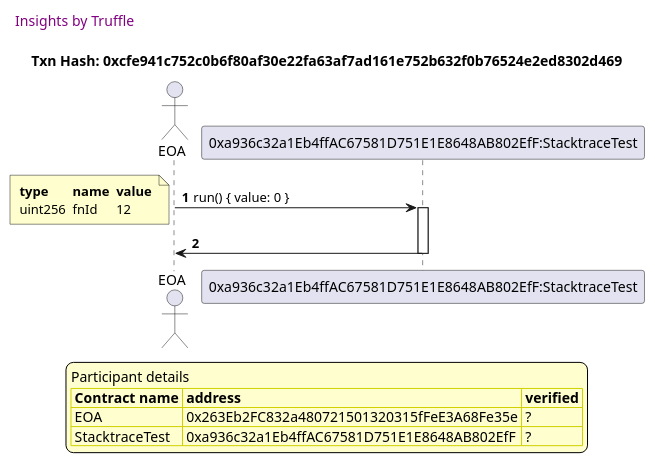
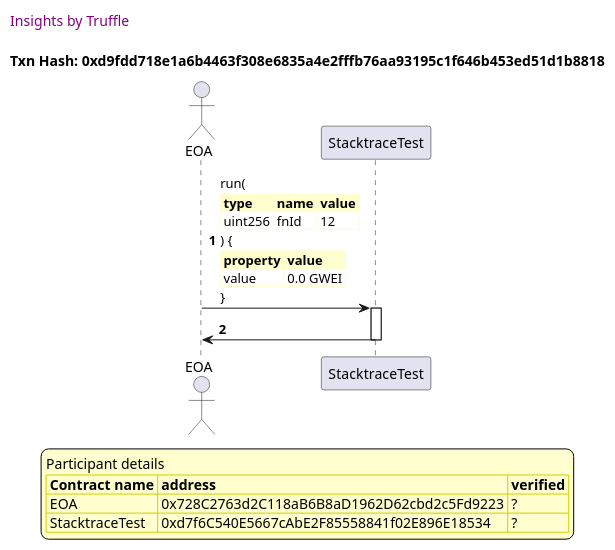
Diagram 11 of 11 in truffle-seq/stacktrace.test.md (trufflesuite/txlog-seedlings), drawn with PlantUML before and after one commit. The commit also changed other lines of this file and 5 other files, not shown here.

````diff
--- a/truffle-seq/stacktrace.test.md
+++ b/truffle-seq/stacktrace.test.md
@@ -753,46 +791,48 @@
 ```plantuml
+
+
 @startuml
 
 autonumber
-
 skinparam legendBackgroundColor #FEFECE
 
 <style>
-
-header {
-  HorizontalAlignment left
-  FontColor purple
-  FontSize 14
-  Padding 10
-}
-
-</style>
-
+      header {
+        HorizontalAlignment left
+        FontColor purple
+        FontSize 14
+        Padding 10
+      }
+    </style>
 
 header Insights by Truffle
 
-title Txn Hash: 0xcfe941c752c0b6f80af30e22fa63af7ad161e752b632f0b76524e2ed8302d469
+title Txn Hash: 0xd9fdd718e1a6b4463f308e6835a4e2fffb76aa93195c1f646b453ed51d1b8818
+
 
 actor EOA as "EOA"
-participant StacktraceTest_01 as "0xa936c32a1Eb4ffAC67581D751E1E8648AB802EfF:StacktraceTest"
 
-EOA -> StacktraceTest_01 ++: run() { value: 0 }
-note left #FEFECE
-<#FEFECE,#FEFECE>|= type |= name |= value |
-| uint256 | fnId | 12 |
-end note
+participant StacktraceTest as "StacktraceTest"
 
-StacktraceTest_01 -> EOA --: 
+"EOA" -> "StacktraceTest" ++: run(\n\
+<#FEFECE,#FEFECE>|= type |= name |= value |\n\
+| uint256 | fnId | 12 |\n\
+) {\n\
+<#FEFECE,#FEFECE>|= property |= value|\n\
+| value | 0.0 GWEI |\n\
+}
+
+"StacktraceTest" -> "EOA" --: 
+
 
 
 legend
 Participant details
 <#FEFECE,#D0D000>|= Contract name |= address |= verified |
-<#FEFECE>| EOA | 0x263Eb2FC832a480721501320315fFeE3A68Fe35e | ? |
-<#FEFECE>| StacktraceTest | 0xa936c32a1Eb4ffAC67581D751E1E8648AB802EfF | ? |
+<#FEFECE>| EOA | 0x728C2763d2C118aB6B8aD1962D62cbd2c5Fd9223 | ? |
+<#FEFECE>| StacktraceTest | 0xd7f6C540E5667cAbE2F85558841f02E896E18534 | ? |
 endlegend
-
 
 
 @enduml
 ```
````
